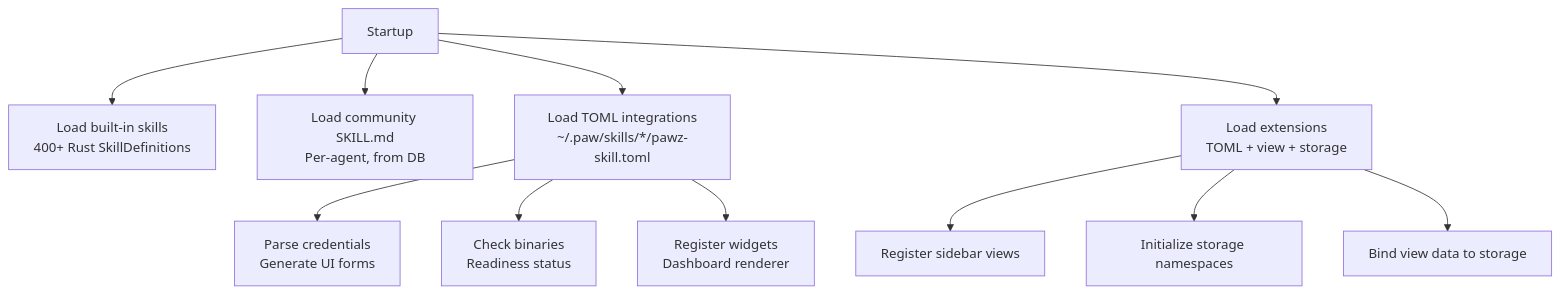
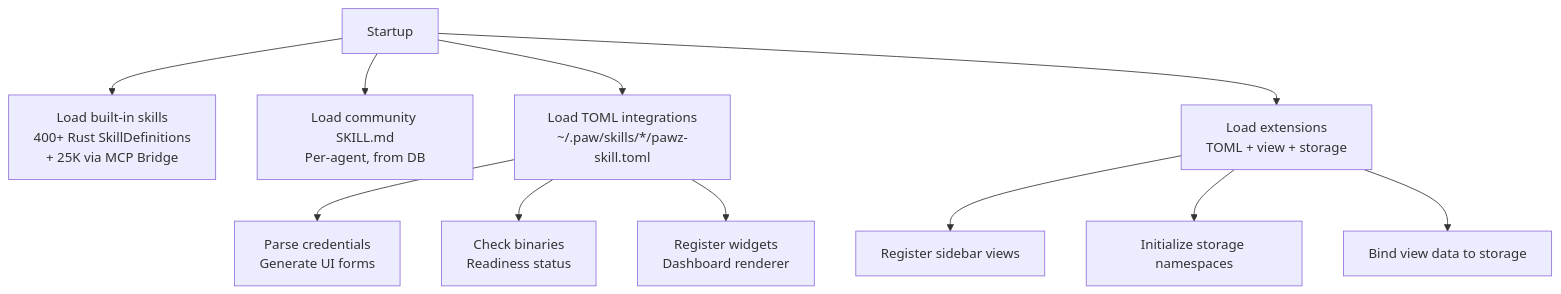
One commit to elisplash/paw changed the first of 3 diagrams in reference/architecture.mdx. Above: the diagram before and after it, drawn with Mermaid. The commit also changed 5 other files, not shown here.

First line of the commit message:
docs: update all remaining 400+ references to 25,000+ via MCP bridge

````diff
--- a/reference/architecture.mdx
+++ b/reference/architecture.mdx
@@ -65,13 +65,13 @@
 ```mermaid actions={false}
 graph TD
-    START["Startup"] --> BUILTIN["Load built-in skills\n400+ Rust SkillDefinitions"]
+    START["Startup"] --> BUILTIN["Load built-in skills\n400+ Rust SkillDefinitions\n+ 25K via MCP Bridge"]
     START --> COMMUNITY["Load community SKILL.md\nPer-agent, from DB"]
     START --> TOML["Load TOML integrations\n~/.paw/skills/*/pawz-skill.toml"]
     START --> EXT["Load extensions\nTOML + view + storage"]
     TOML --> T1["Parse credentials\nGenerate UI forms"]
     TOML --> T2["Check binaries\nReadiness status"]
     TOML --> T3["Register widgets\nDashboard renderer"]
     EXT --> E1["Register sidebar views"]
     EXT --> E2["Initialize storage namespaces"]
     EXT --> E3["Bind view data to storage"]
 ```
````
